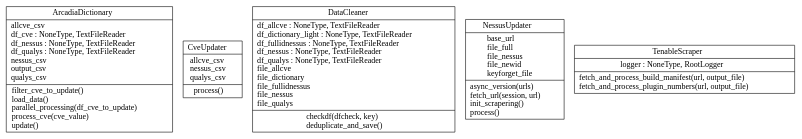
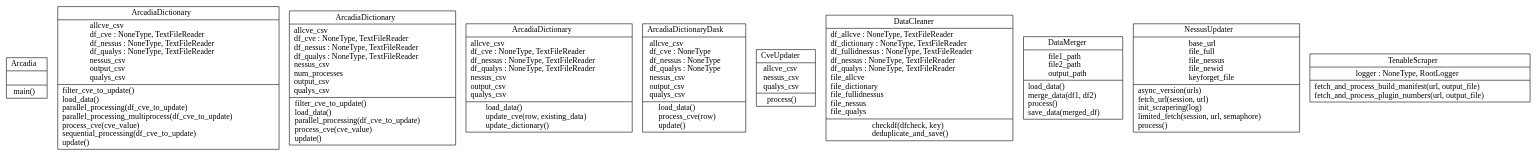
Before and after one commit to ZeMatt90/QID-NessusID-OtherID: the diagram in Doc/classes_ArcadiaBE.dot, drawn with Graphviz. The commit also changed 32 other files, not shown here.

```diff
--- a/Doc/classes_ArcadiaBE.dot
+++ b/Doc/classes_ArcadiaBE.dot
@@ -1,9 +1,14 @@
 digraph "classes_ArcadiaBE" {
 rankdir=BT
 charset="utf-8"
-"BE.arcadia_dictionary.ArcadiaDictionary" [color="black", fontcolor="black", label=<{ArcadiaDictionary|allcve_csv<br ALIGN="LEFT"/>df_cve : NoneType, TextFileReader<br ALIGN="LEFT"/>df_nessus : NoneType, TextFileReader<br ALIGN="LEFT"/>df_qualys : NoneType, TextFileReader<br ALIGN="LEFT"/>nessus_csv<br ALIGN="LEFT"/>output_csv<br ALIGN="LEFT"/>qualys_csv<br ALIGN="LEFT"/>|filter_cve_to_update()<br ALIGN="LEFT"/>load_data()<br ALIGN="LEFT"/>parallel_processing(df_cve_to_update)<br ALIGN="LEFT"/>process_cve(cve_value)<br ALIGN="LEFT"/>update()<br ALIGN="LEFT"/>}>, shape="record", style="solid"];
+"BE.arcadia_main.Arcadia" [color="black", fontcolor="black", label=<{Arcadia|<br ALIGN="LEFT"/>|main()<br ALIGN="LEFT"/>}>, shape="record", style="solid"];
+"BE.arcadia_dictionary.ArcadiaDictionary" [color="black", fontcolor="black", label=<{ArcadiaDictionary|allcve_csv<br ALIGN="LEFT"/>df_cve : NoneType, TextFileReader<br ALIGN="LEFT"/>df_nessus : NoneType, TextFileReader<br ALIGN="LEFT"/>df_qualys : NoneType, TextFileReader<br ALIGN="LEFT"/>nessus_csv<br ALIGN="LEFT"/>output_csv<br ALIGN="LEFT"/>qualys_csv<br ALIGN="LEFT"/>|filter_cve_to_update()<br ALIGN="LEFT"/>load_data()<br ALIGN="LEFT"/>parallel_processing(df_cve_to_update)<br ALIGN="LEFT"/>parallel_processing_multiprocess(df_cve_to_update)<br ALIGN="LEFT"/>process_cve(cve_value)<br ALIGN="LEFT"/>sequential_processing(df_cve_to_update)<br ALIGN="LEFT"/>update()<br ALIGN="LEFT"/>}>, shape="record", style="solid"];
+"BE.arcadia_dictionary1.ArcadiaDictionary" [color="black", fontcolor="black", label=<{ArcadiaDictionary|allcve_csv<br ALIGN="LEFT"/>df_cve : NoneType, TextFileReader<br ALIGN="LEFT"/>df_nessus : NoneType, TextFileReader<br ALIGN="LEFT"/>df_qualys : NoneType, TextFileReader<br ALIGN="LEFT"/>nessus_csv<br ALIGN="LEFT"/>num_processes<br ALIGN="LEFT"/>output_csv<br ALIGN="LEFT"/>qualys_csv<br ALIGN="LEFT"/>|filter_cve_to_update()<br ALIGN="LEFT"/>load_data()<br ALIGN="LEFT"/>parallel_processing(df_cve_to_update)<br ALIGN="LEFT"/>process_cve(cve_value)<br ALIGN="LEFT"/>update()<br ALIGN="LEFT"/>}>, shape="record", style="solid"];
+"BE.arcadia_dictionaryN.ArcadiaDictionary" [color="black", fontcolor="black", label=<{ArcadiaDictionary|allcve_csv<br ALIGN="LEFT"/>df_cve : NoneType, TextFileReader<br ALIGN="LEFT"/>df_nessus : NoneType, TextFileReader<br ALIGN="LEFT"/>df_qualys : NoneType, TextFileReader<br ALIGN="LEFT"/>nessus_csv<br ALIGN="LEFT"/>output_csv<br ALIGN="LEFT"/>qualys_csv<br ALIGN="LEFT"/>|load_data()<br ALIGN="LEFT"/>update_cve(row, existing_data)<br ALIGN="LEFT"/>update_dictionary()<br ALIGN="LEFT"/>}>, shape="record", style="solid"];
+"BE.arcadia_dictionary2.ArcadiaDictionaryDask" [color="black", fontcolor="black", label=<{ArcadiaDictionaryDask|allcve_csv<br ALIGN="LEFT"/>df_cve : NoneType<br ALIGN="LEFT"/>df_nessus : NoneType<br ALIGN="LEFT"/>df_qualys : NoneType<br ALIGN="LEFT"/>nessus_csv<br ALIGN="LEFT"/>output_csv<br ALIGN="LEFT"/>qualys_csv<br ALIGN="LEFT"/>|load_data()<br ALIGN="LEFT"/>process_cve(row)<br ALIGN="LEFT"/>update()<br ALIGN="LEFT"/>}>, shape="record", style="solid"];
 "BE.cve_updater.CveUpdater" [color="black", fontcolor="black", label=<{CveUpdater|allcve_csv<br ALIGN="LEFT"/>nessus_csv<br ALIGN="LEFT"/>qualys_csv<br ALIGN="LEFT"/>|process()<br ALIGN="LEFT"/>}>, shape="record", style="solid"];
-"BE.data_cleaner.DataCleaner" [color="black", fontcolor="black", label=<{DataCleaner|df_allcve : NoneType, TextFileReader<br ALIGN="LEFT"/>df_dictionary_light : NoneType, TextFileReader<br ALIGN="LEFT"/>df_fullidnessus : NoneType, TextFileReader<br ALIGN="LEFT"/>df_nessus : NoneType, TextFileReader<br ALIGN="LEFT"/>df_qualys : NoneType, TextFileReader<br ALIGN="LEFT"/>file_allcve<br ALIGN="LEFT"/>file_dictionary<br ALIGN="LEFT"/>file_fullidnessus<br ALIGN="LEFT"/>file_nessus<br ALIGN="LEFT"/>file_qualys<br ALIGN="LEFT"/>|checkdf(dfcheck, key)<br ALIGN="LEFT"/>deduplicate_and_save()<br ALIGN="LEFT"/>}>, shape="record", style="solid"];
-"BE.plugin.nessus.update.NessusUpdater" [color="black", fontcolor="black", label=<{NessusUpdater|base_url<br ALIGN="LEFT"/>file_full<br ALIGN="LEFT"/>file_nessus<br ALIGN="LEFT"/>file_newid<br ALIGN="LEFT"/>keyforget_file<br ALIGN="LEFT"/>|async_version(urls)<br ALIGN="LEFT"/>fetch_url(session, url)<br ALIGN="LEFT"/>init_scrapering()<br ALIGN="LEFT"/>process()<br ALIGN="LEFT"/>}>, shape="record", style="solid"];
+"BE.data_cleaner.DataCleaner" [color="black", fontcolor="black", label=<{DataCleaner|df_allcve : NoneType, TextFileReader<br ALIGN="LEFT"/>df_dictionary : NoneType, TextFileReader<br ALIGN="LEFT"/>df_fullidnessus : NoneType, TextFileReader<br ALIGN="LEFT"/>df_nessus : NoneType, TextFileReader<br ALIGN="LEFT"/>df_qualys : NoneType, TextFileReader<br ALIGN="LEFT"/>file_allcve<br ALIGN="LEFT"/>file_dictionary<br ALIGN="LEFT"/>file_fullidnessus<br ALIGN="LEFT"/>file_nessus<br ALIGN="LEFT"/>file_qualys<br ALIGN="LEFT"/>|checkdf(dfcheck, key)<br ALIGN="LEFT"/>deduplicate_and_save()<br ALIGN="LEFT"/>}>, shape="record", style="solid"];
+"BE.merge2csv.DataMerger" [color="black", fontcolor="black", label=<{DataMerger|file1_path<br ALIGN="LEFT"/>file2_path<br ALIGN="LEFT"/>output_path<br ALIGN="LEFT"/>|load_data()<br ALIGN="LEFT"/>merge_data(df1, df2)<br ALIGN="LEFT"/>process()<br ALIGN="LEFT"/>save_data(merged_df)<br ALIGN="LEFT"/>}>, shape="record", style="solid"];
+"BE.plugin.nessus.update.NessusUpdater" [color="black", fontcolor="black", label=<{NessusUpdater|base_url<br ALIGN="LEFT"/>file_full<br ALIGN="LEFT"/>file_nessus<br ALIGN="LEFT"/>file_newid<br ALIGN="LEFT"/>keyforget_file<br ALIGN="LEFT"/>|async_version(urls)<br ALIGN="LEFT"/>fetch_url(session, url)<br ALIGN="LEFT"/>init_scrapering(log)<br ALIGN="LEFT"/>limited_fetch(session, url, semaphore)<br ALIGN="LEFT"/>process()<br ALIGN="LEFT"/>}>, shape="record", style="solid"];
 "BE.plugin.nessus.tenable_scraper.TenableScraper" [color="black", fontcolor="black", label=<{TenableScraper|logger : NoneType, RootLogger<br ALIGN="LEFT"/>|fetch_and_process_build_manifest(url, output_file)<br ALIGN="LEFT"/>fetch_and_process_plugin_numbers(url, output_file)<br ALIGN="LEFT"/>}>, shape="record", style="solid"];
 }
```
